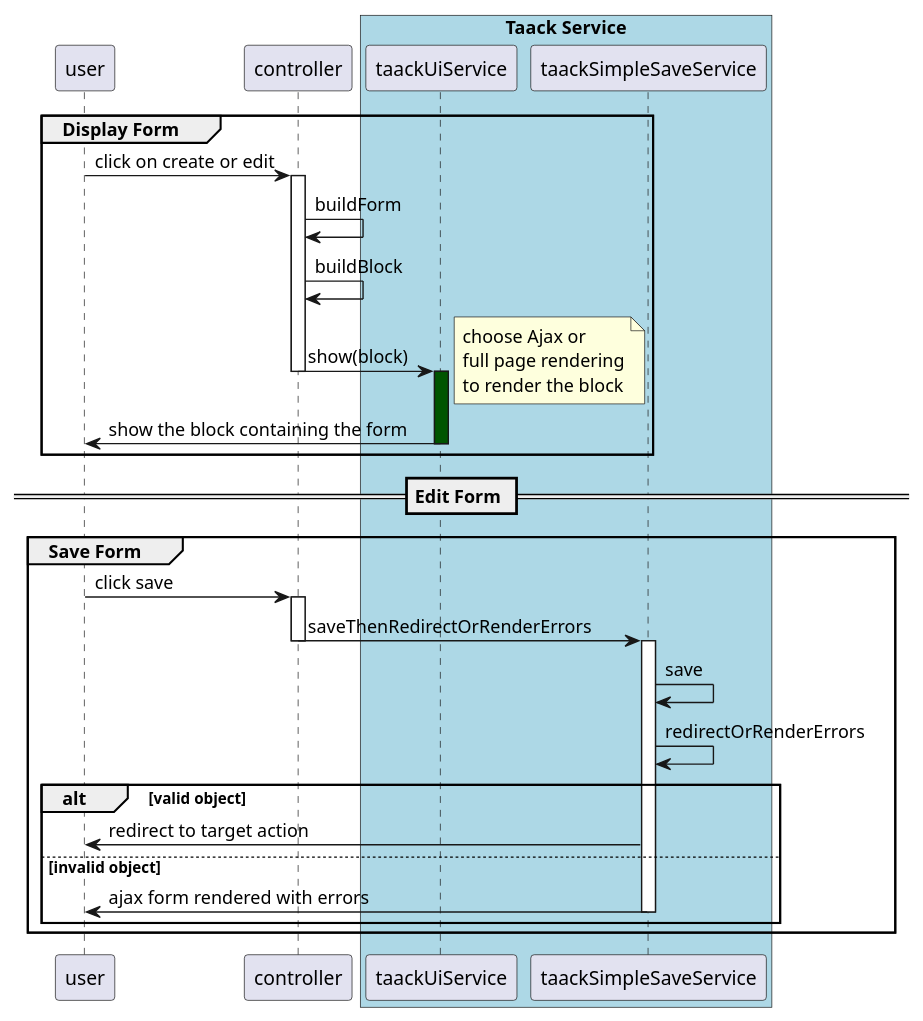
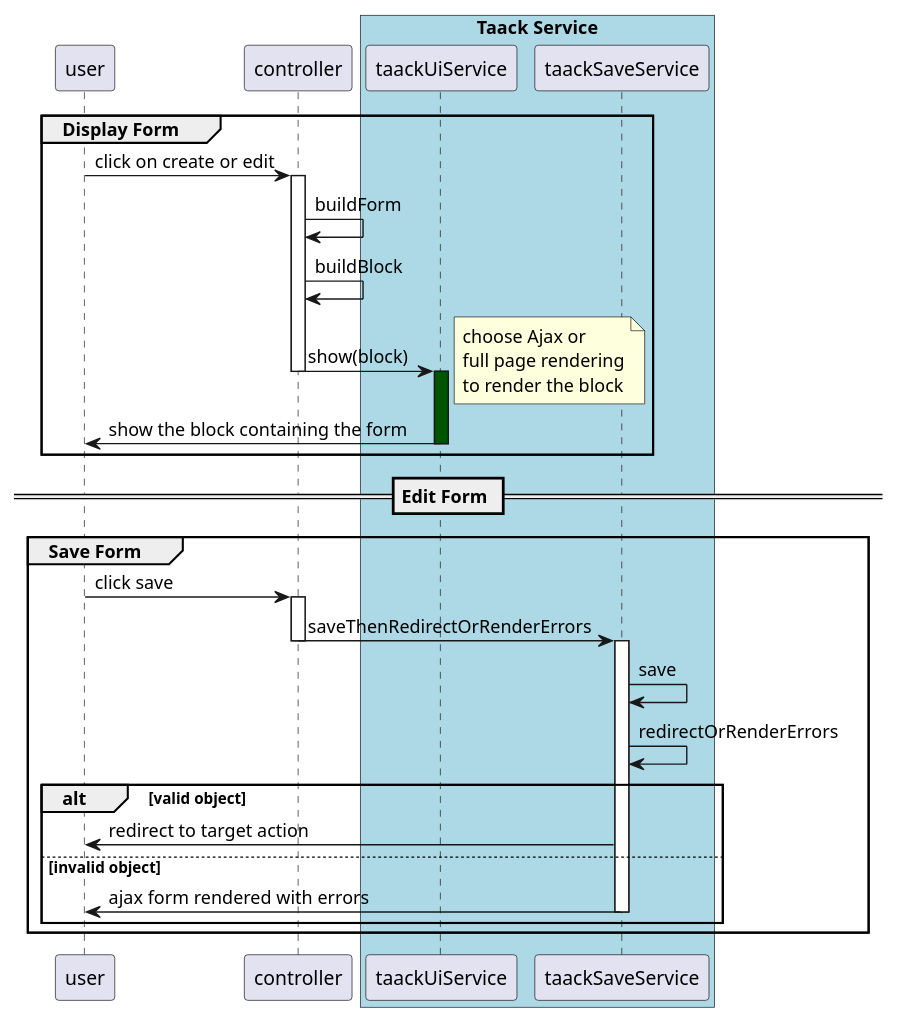
One commit to Taack/taack-website-content changed the first of 3 diagrams in asciidoc/doc/UserGuide/UseCases.adoc. Above: the diagram before and after it, drawn with PlantUML. The commit also changed other lines of this file and 11 other files, not shown here.

```diff
--- a/asciidoc/doc/UserGuide/UseCases.adoc
+++ b/asciidoc/doc/UserGuide/UseCases.adoc
@@ -14,44 +14,44 @@
 [plantuml,format="svg",opts={optsi}]
 ----
 @startuml
 group Display Form
     user -> controller : click on create or edit
     activate controller
     controller -> controller : buildForm
     controller -> controller : buildBlock
     controller -> taackUiService : show(block)
     deactivate controller
     activate taackUiService #005500
     note right
         choose Ajax or
         full page rendering
         to render the block
     end note
     taackUiService -> user : show the block containing the form
     deactivate taackUiService
 end
 
 box "Taack Service" #LightBlue
     participant taackUiService
-    participant taackSimpleSaveService
+    participant taackSaveService
 end box
 
 == Edit Form ==
 
 group Save Form
     user -> controller : click save
     activate controller
-    controller -> taackSimpleSaveService : saveThenRedirectOrRenderErrors
+    controller -> taackSaveService : saveThenRedirectOrRenderErrors
     deactivate controller
-    activate taackSimpleSaveService
-    taackSimpleSaveService -> taackSimpleSaveService : save
-    taackSimpleSaveService -> taackSimpleSaveService : redirectOrRenderErrors
+    activate taackSaveService
+    taackSaveService -> taackSaveService : save
+    taackSaveService -> taackSaveService : redirectOrRenderErrors
     alt valid object
-        taackSimpleSaveService -> user : redirect to target action
+        taackSaveService -> user : redirect to target action
     else invalid object
-        taackSimpleSaveService -> user : ajax form rendered with errors
-        deactivate taackSimpleSaveService
+        taackSaveService -> user : ajax form rendered with errors
+        deactivate taackSaveService
     end
 end
 @enduml
 ----
```
